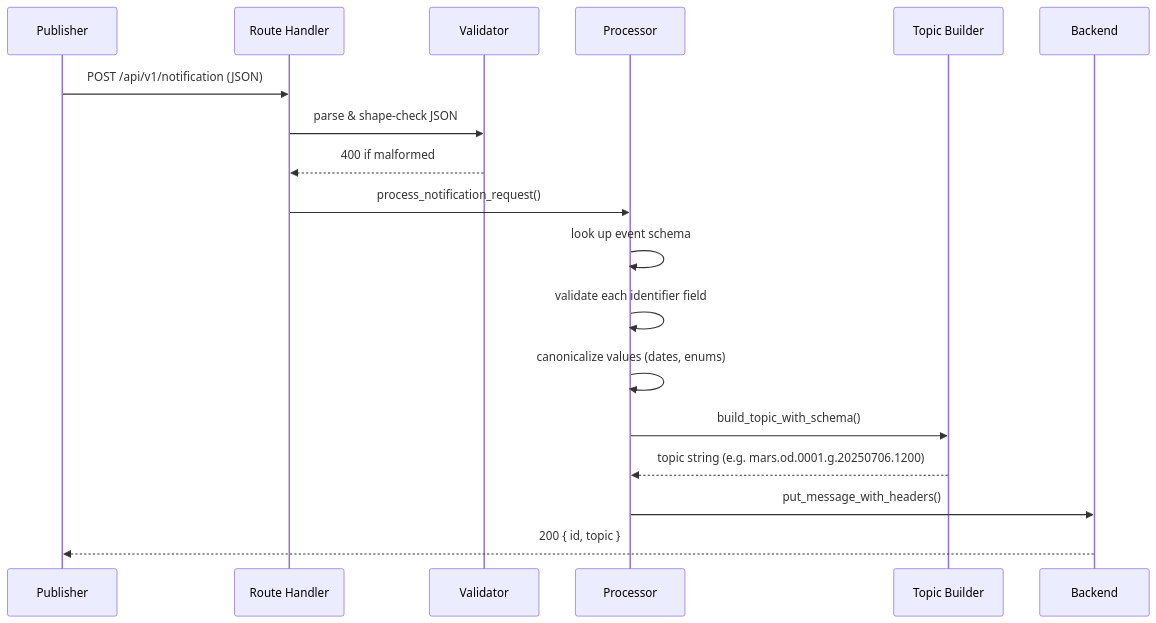
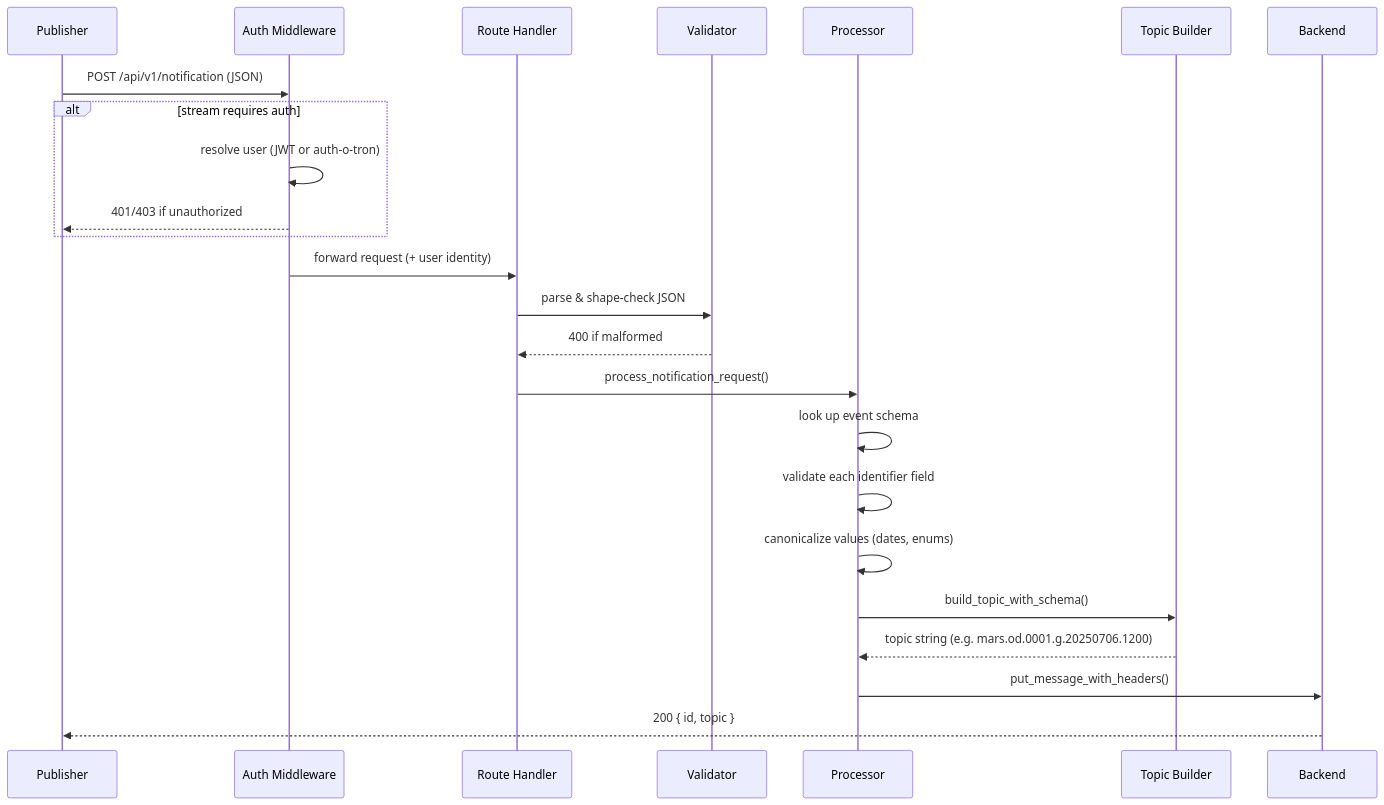
The second of 5 diagrams in docs/src/architecture.md (ecmwf/aviso-server), drawn with Mermaid before and after one commit. The commit also changed other lines of this file and 4 other files, not shown here.

First line of the commit message:
docs(auth): update docs and diagrams for realm-scoped roles

````diff
--- a/docs/src/architecture.md
+++ b/docs/src/architecture.md
@@ -53,21 +58,27 @@
 ```mermaid
 sequenceDiagram
     participant C as Publisher
+    participant A as Auth Middleware
     participant R as Route Handler
     participant V as Validator
     participant P as Processor
     participant T as Topic Builder
     participant B as Backend
 
-    C->>R: POST /api/v1/notification (JSON)
+    C->>A: POST /api/v1/notification (JSON)
+    alt stream requires auth
+        A->>A: resolve user (JWT or auth-o-tron)
+        A-->>C: 401/403 if unauthorized
+    end
+    A->>R: forward request (+ user identity)
     R->>V: parse & shape-check JSON
     V-->>R: 400 if malformed
     R->>P: process_notification_request()
     P->>P: look up event schema
     P->>P: validate each identifier field
     P->>P: canonicalize values (dates, enums)
     P->>T: build_topic_with_schema()
     T-->>P: topic string (e.g. mars.od.0001.g.20250706.1200)
     P->>B: put_message_with_headers()
     B-->>C: 200 { id, topic }
 ```
````
